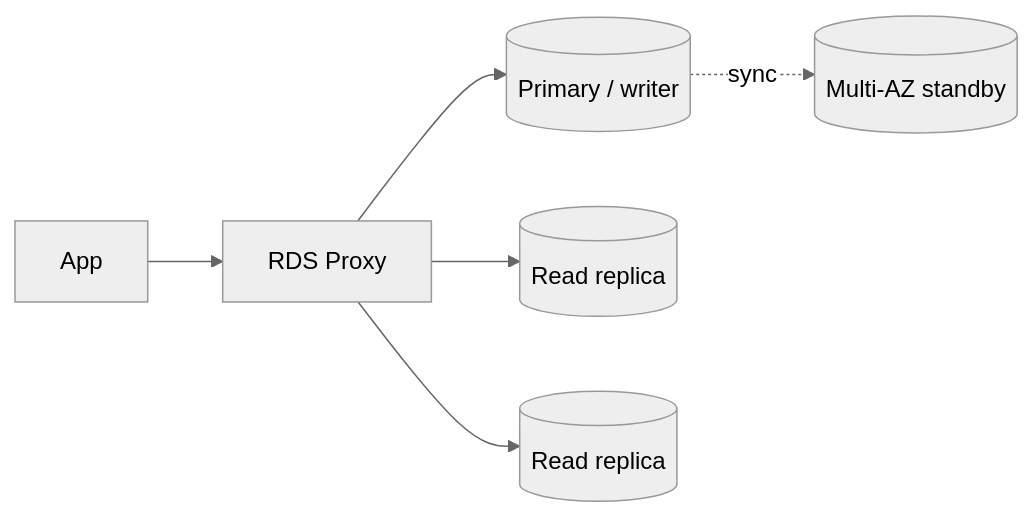
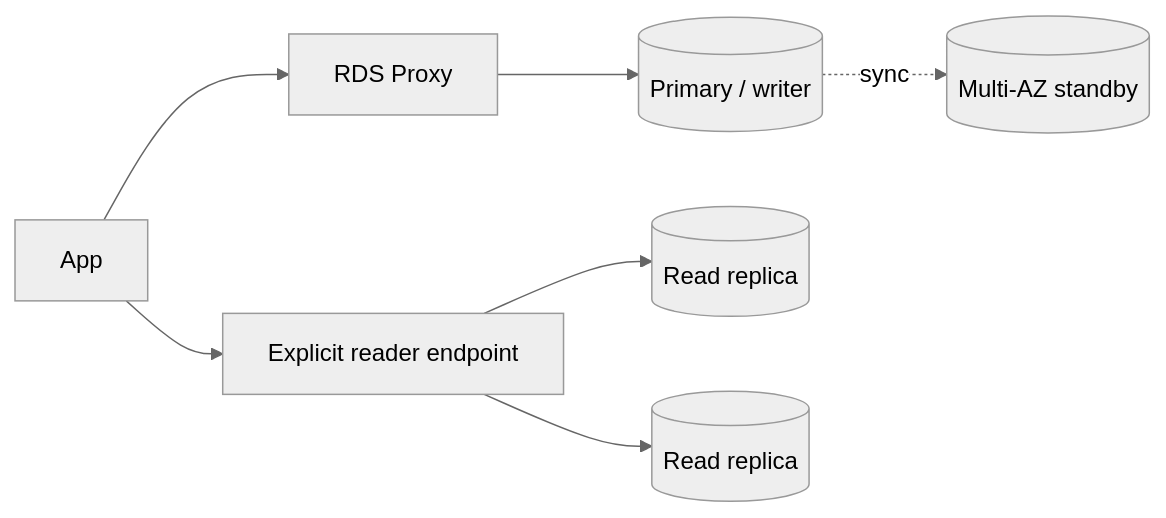
The diagram in content/aws/19-data-modeling-dynamodb-and-rds-scaling.md (monijaman/software), drawn with Mermaid (neutral theme) before and after one commit. The commit also changed other lines of this file and 24 other files, not shown here.

````diff
--- a/content/aws/19-data-modeling-dynamodb-and-rds-scaling.md
+++ b/content/aws/19-data-modeling-dynamodb-and-rds-scaling.md
@@ -69,8 +69,9 @@
 ```mermaid
 flowchart LR
     App --> P[RDS Proxy]
     P --> W[(Primary / writer)]
-    P --> R1[(Read replica)]
-    P --> R2[(Read replica)]
+    App --> RE[Explicit reader endpoint]
+    RE --> R1[(Read replica)]
+    RE --> R2[(Read replica)]
     W -. sync .-> S[(Multi-AZ standby)]
 ```
````
